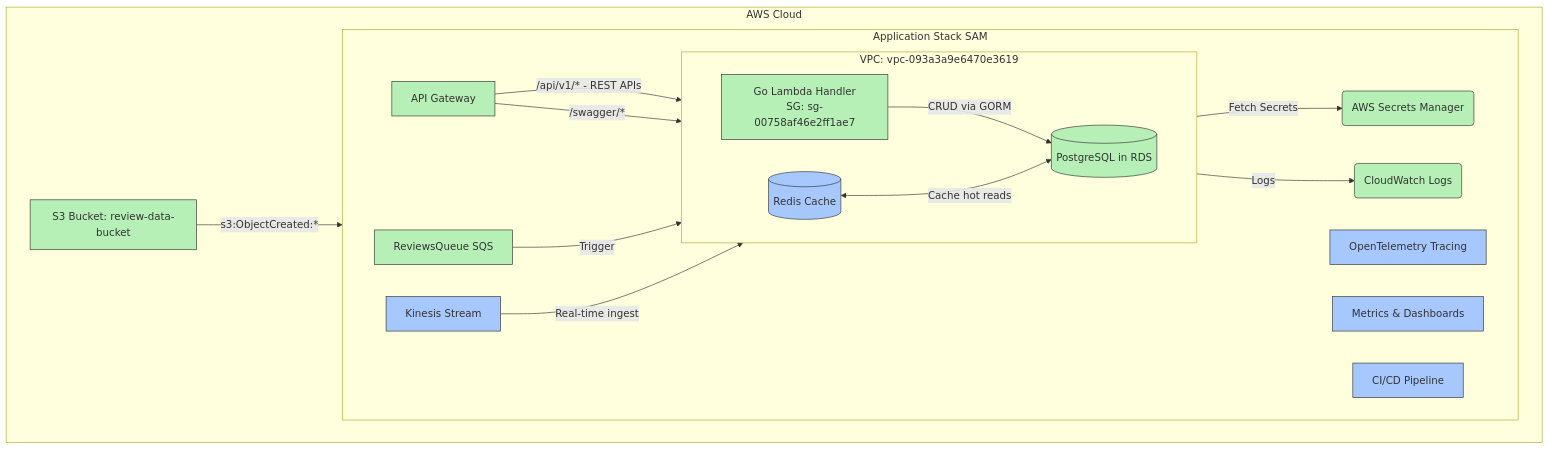
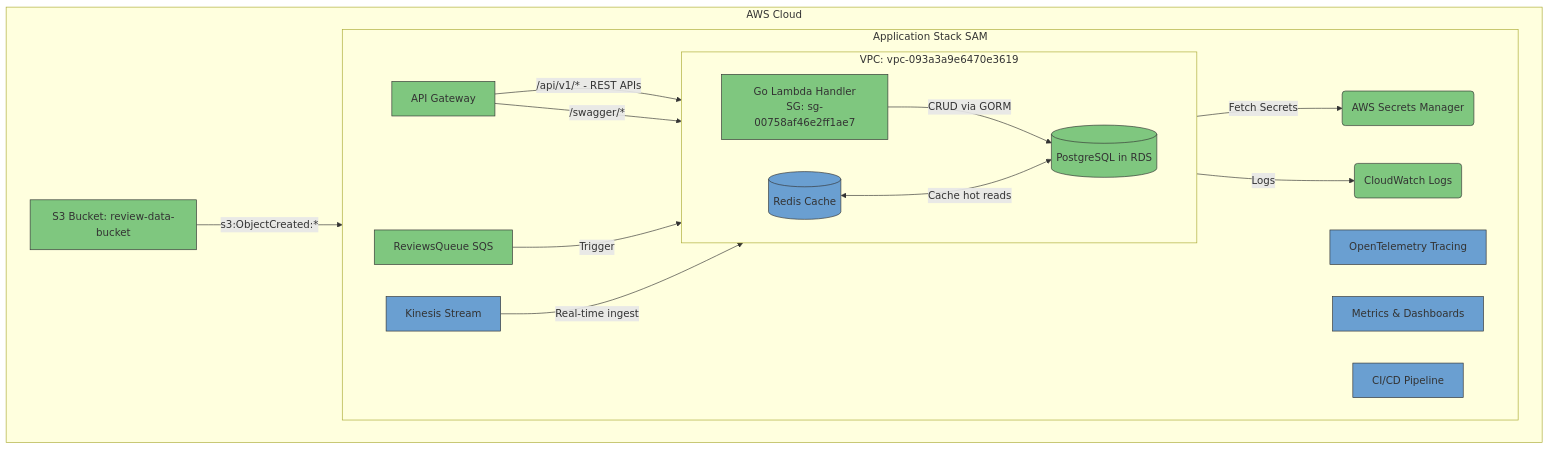
One commit to kirananto/review-system changed the first of 2 diagrams in README.md. Above: the diagram before and after it, drawn with Mermaid. The commit also changed other lines of this file, not shown here.

Commit message:
fix: update the Readme with diagram

````diff
--- a/README.md
+++ b/README.md
@@ -48,34 +51,34 @@
 ```mermaid
 graph TD
-  classDef current fill:#b6f0b6,stroke:#333,stroke-width:1px;
-  classDef ideal fill:#a6c8ff,stroke:#333,stroke-width:1px;
+  classDef current fill:#7FC77F,stroke:#333,stroke-width:1px;
+  classDef ideal fill:#6A9FD1,stroke:#333,stroke-width:1px;
 
   subgraph AWS_Cloud[AWS Cloud]
     direction LR
 
     subgraph Application_Stack[Application Stack SAM]
       direction LR
       APIGateway[API Gateway]:::current -->|"/api/v1/* - REST APIs"| Lambda
       APIGateway -->|"/swagger/*"| Lambda
       SQS[ReviewsQueue SQS]:::current -->|Trigger| Lambda
       Lambda -->|Fetch Secrets| SecretsManager(AWS Secrets Manager):::current
       Lambda -->|Logs| CloudWatch(CloudWatch Logs):::current
       Kinesis[Kinesis Stream]:::ideal -->|Real-time ingest| Lambda
       Tracing[OpenTelemetry Tracing]:::ideal
       Monitoring[Metrics & Dashboards]:::ideal
       CodePipeline[CI/CD Pipeline]:::ideal
 
     subgraph VPC[VPC: vpc-093a3a9e6470e3619]
     direction LR
     Lambda[Go Lambda Handler<br>SG: sg-00758af46e2ff1ae7]:::current
     RDS[(PostgreSQL in RDS)]:::current
     Redis[(Redis Cache)]:::ideal
     Lambda -->|CRUD via GORM| RDS
     Redis <-->|Cache hot reads| RDS
     end
 
     end
 
     S3[S3 Bucket: review-data-bucket]:::current -->|s3:ObjectCreated:*| SQS
   end
 ```
````
